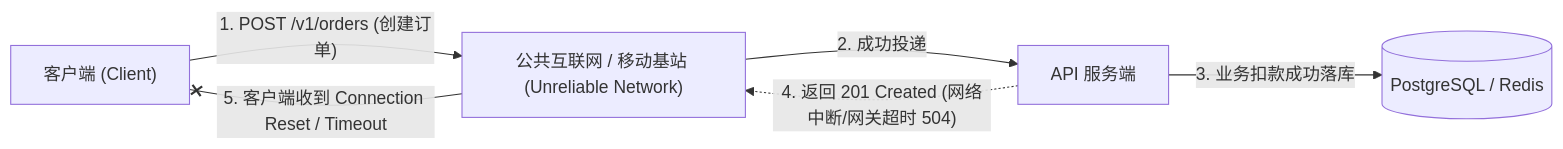
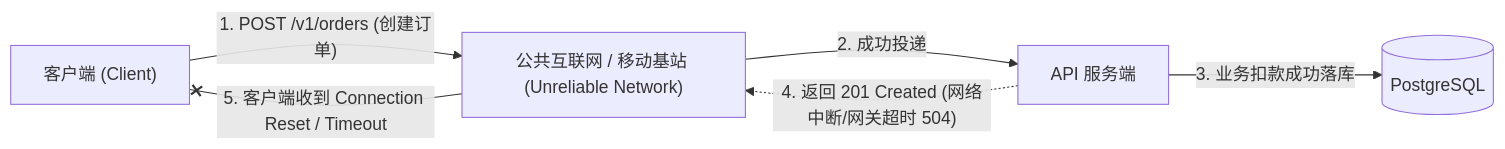
The first of 2 diagrams in docs/idempotency.md (woailuoisme/nest-api), drawn with Mermaid before and after one commit. The commit also changed other lines of this file and 252 other files, not shown here.

````diff
--- a/docs/idempotency.md
+++ b/docs/idempotency.md
@@ -13,13 +13,13 @@
 ```mermaid
 flowchart LR
     Client["客户端 (Client)"]
     Network["公共互联网 / 移动基站 (Unreliable Network)"]
     Server["API 服务端"]
-    DB[("PostgreSQL / Redis")]
+    DB[("PostgreSQL")]
 
     Client -->|"1. POST /v1/orders (创建订单)"| Network
     Network -->|"2. 成功投递"| Server
     Server -->|"3. 业务扣款成功落库"| DB
     Server -.->|"4. 返回 201 Created (网络中断/网关超时 504)"| Network
     Network --x|"5. 客户端收到 Connection Reset / Timeout"| Client
 ```
````
